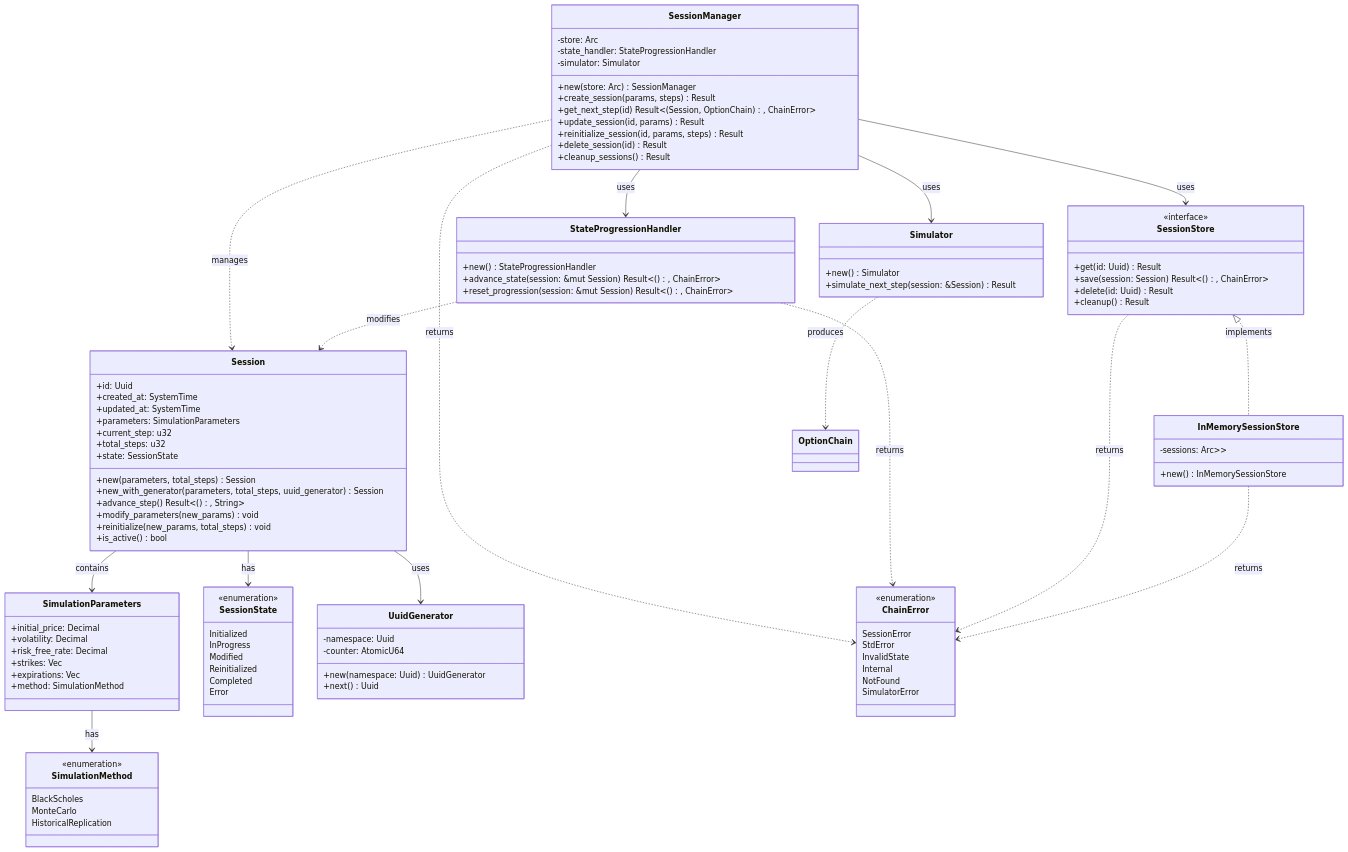
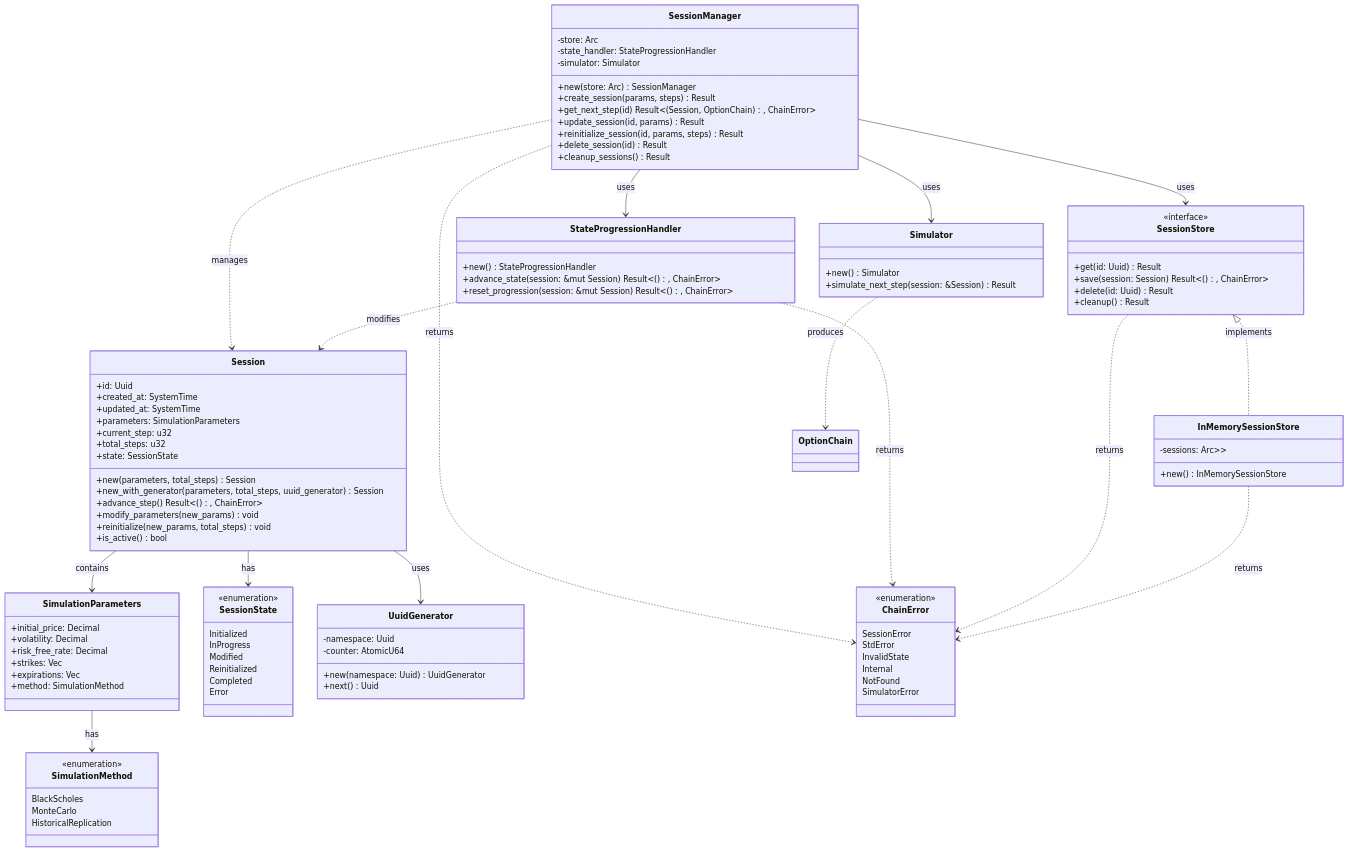
Before and after one commit to joaquinbejar/OptionChain-Simulator: the diagram in doc/session/manager.md, drawn with Mermaid. The commit also changed 9 other files, not shown here.

First line of the commit message:
Refactor error handling to use ChainError.

```diff
--- a/doc/session/manager.md
+++ b/doc/session/manager.md
@@ -43,7 +43,7 @@
         +state: SessionState
         +new(parameters, total_steps) Session
         +new_with_generator(parameters, total_steps, uuid_generator) Session
-        +advance_step() Result<(), String>
+        +advance_step() Result<(), ChainError>
         +modify_parameters(new_params) void
         +reinitialize(new_params, total_steps) void
         +is_active() bool
@@ -84,7 +84,7 @@
     
     class Simulator {
         +new() Simulator
-        +simulate_next_step(session: &Session) Result<OptionChain, String>
+        +simulate_next_step(session: &Session) Result<OptionChain, ChainError>
     }
     
     class ChainError {
```
